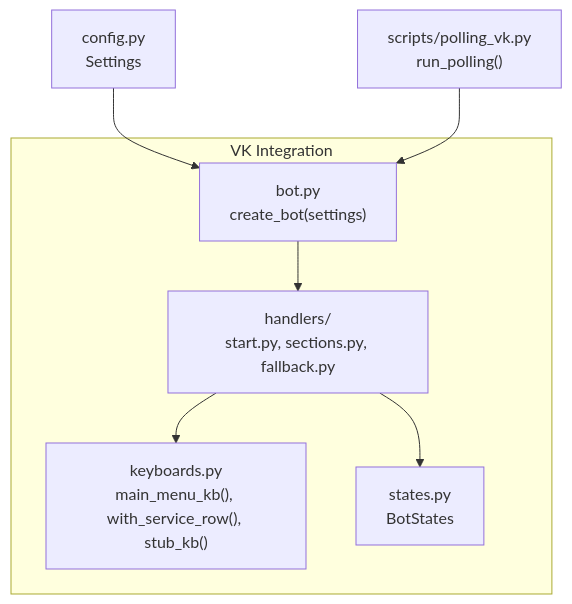
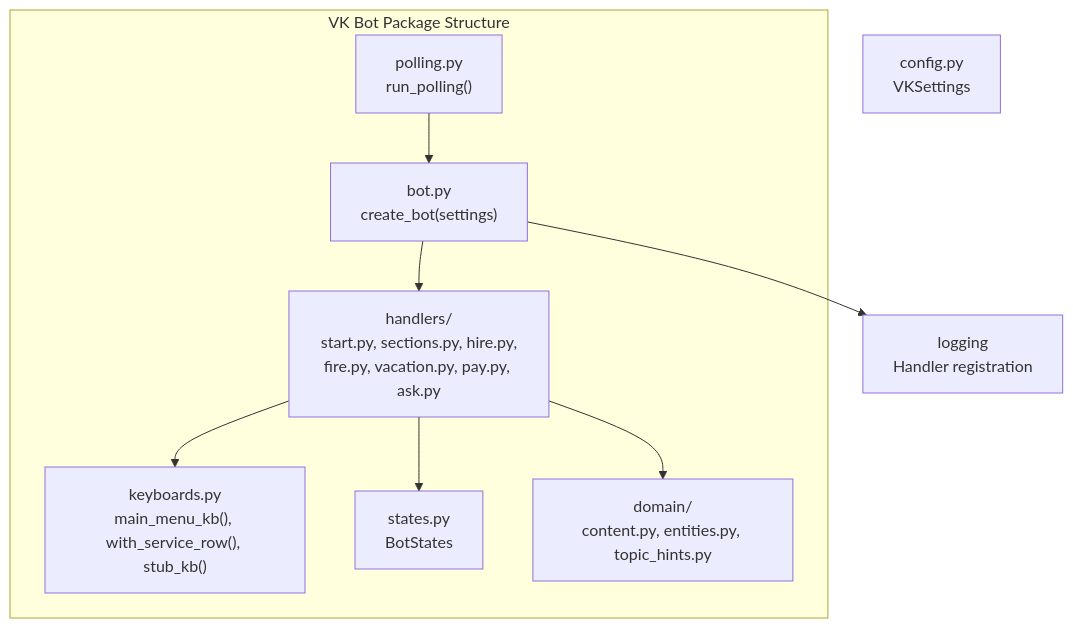
Before and after one commit to ognelis/cafetera_hr_bot: the first of 6 diagrams in .qoder/repowiki/en/content/Main Menu and Navigation.md, drawn with Mermaid. The commit also changed other lines of this file and 14 other files, not shown here.

````diff
--- a/.qoder/repowiki/en/content/Main Menu and Navigation.md
+++ b/.qoder/repowiki/en/content/Main Menu and Navigation.md
@@ -36,16 +48,19 @@
 ```mermaid
 graph TB
-subgraph "VK Integration"
-Bot["bot.py<br/>create_bot(settings)"]
-KB["keyboards.py<br/>main_menu_kb(), with_service_row(), stub_kb()"]
+subgraph "VK Bot Package Structure"
+BotFactory["bot.py<br/>create_bot(settings)"]
+Handlers["handlers/<br/>start.py, sections.py, hire.py,<br/>fire.py, vacation.py, pay.py, ask.py"]
+Keyboards["keyboards.py<br/>main_menu_kb(), with_service_row(), stub_kb()"]
 States["states.py<br/>BotStates"]
-Handlers["handlers/<br/>start.py, sections.py, fallback.py"]
+Domain["domain/<br/>content.py, entities.py, topic_hints.py"]
+Polling["polling.py<br/>run_polling()"]
 end
-Config["config.py<br/>Settings"]
-Poll["scripts/polling_vk.py<br/>run_polling()"]
-Config --> Bot
-Bot --> Handlers
-Handlers --> KB
+Config["config.py<br/>VKSettings"]
+Logger["logging<br/>Handler registration"]
+BotFactory --> Handlers
+Handlers --> Keyboards
 Handlers --> States
-Poll --> Bot
+Handlers --> Domain
+BotFactory --> Logger
+Polling --> BotFactory
 ```
````
